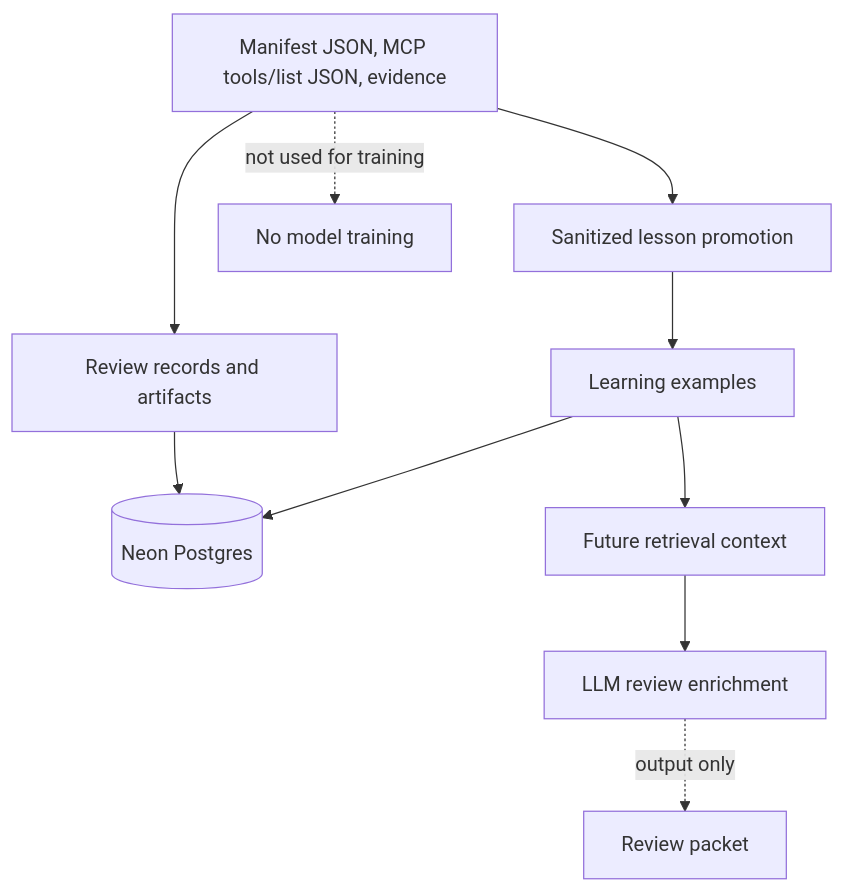
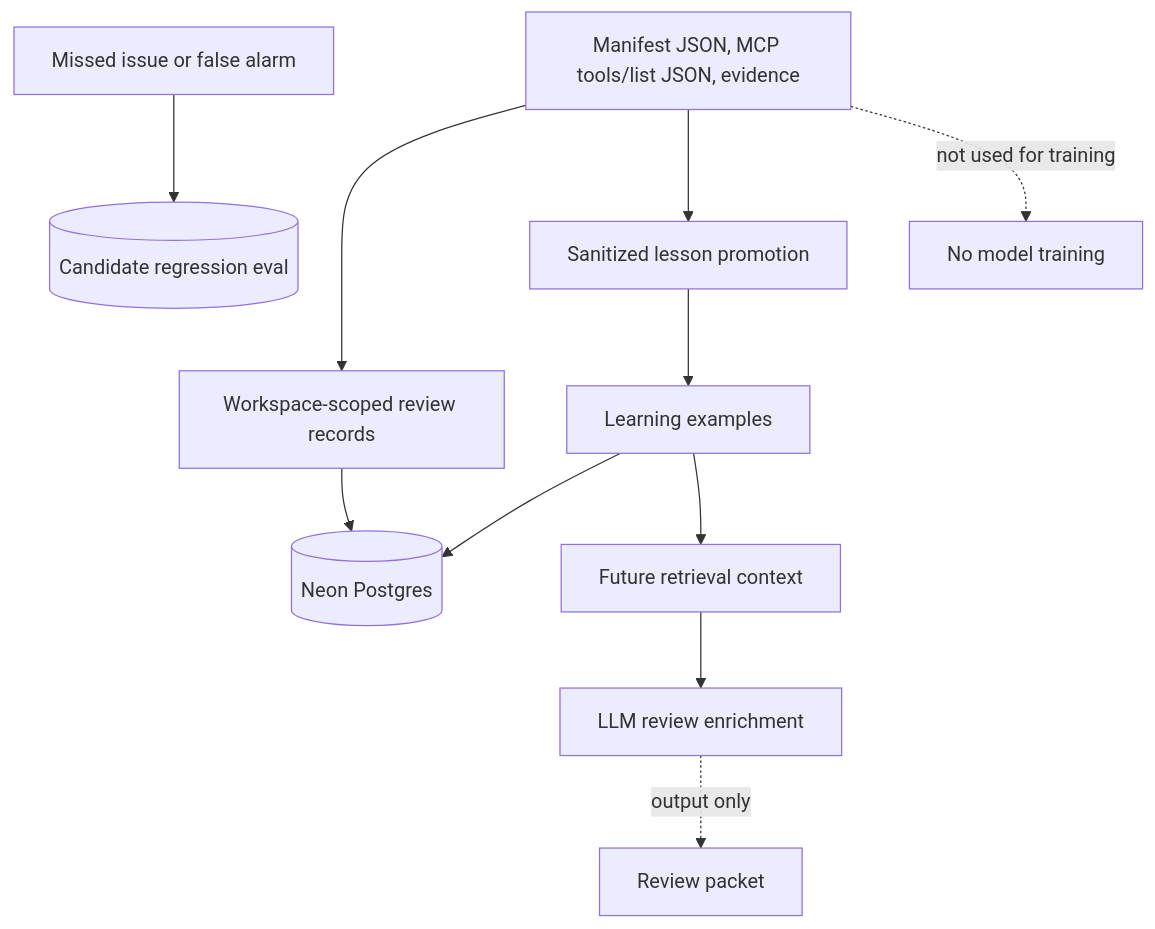
One commit to N-45div/SecureLore changed the third of 4 diagrams in ARCHITECTURE.md. Above: the diagram before and after it, drawn with Mermaid. The commit also changed other lines of this file and 1 other file, not shown here.

````diff
--- a/ARCHITECTURE.md
+++ b/ARCHITECTURE.md
@@ -49,12 +57,13 @@
 ```mermaid
 flowchart TB
-  Inputs[Manifest JSON, MCP tools/list JSON, evidence] --> ReviewData[Review records and artifacts]
+  Inputs[Manifest JSON, MCP tools/list JSON, evidence] --> ReviewData[Workspace-scoped review records]
   ReviewData --> Neon[(Neon Postgres)]
   Inputs --> Redaction[Sanitized lesson promotion]
   Redaction --> Learned[Learning examples]
   Learned --> Neon
   Learned --> Retrieval[Future retrieval context]
+  Feedback[Missed issue or false alarm] --> Eval[(Candidate regression eval)]
   Retrieval --> LLM[LLM review enrichment]
   Inputs -. not used for training .-> NoTraining[No model training]
   LLM -. output only .-> ReviewPacket[Review packet]
 ```
````
